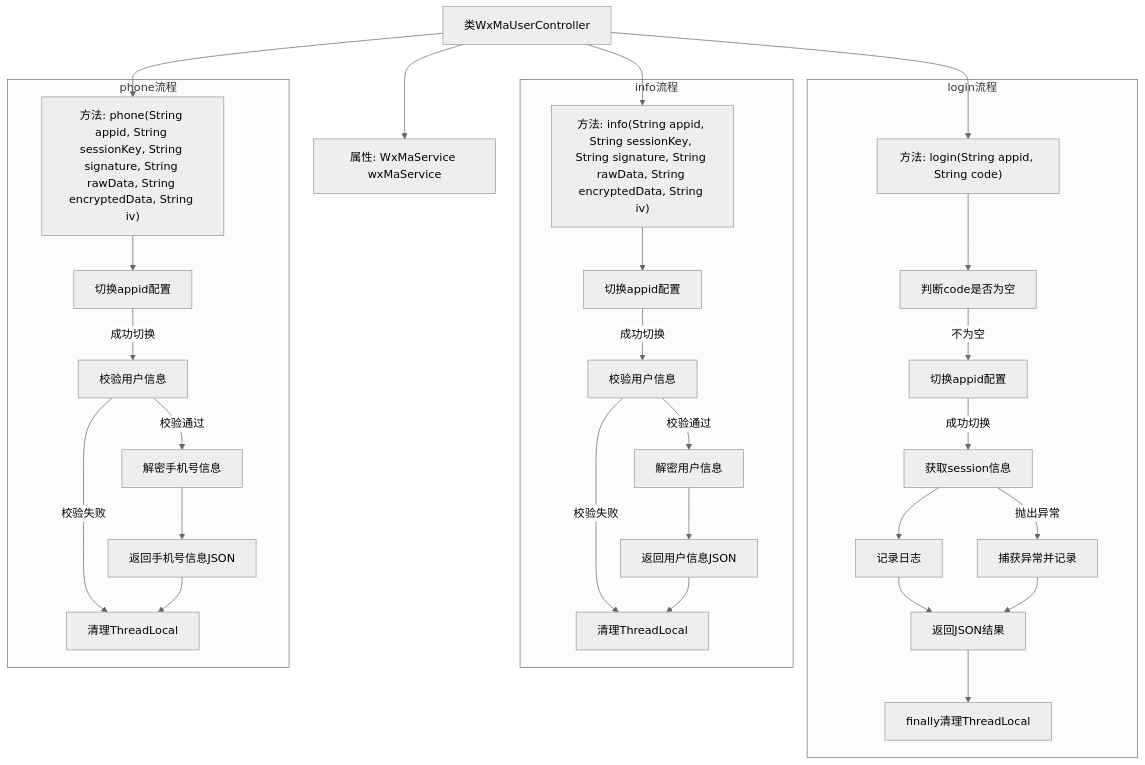
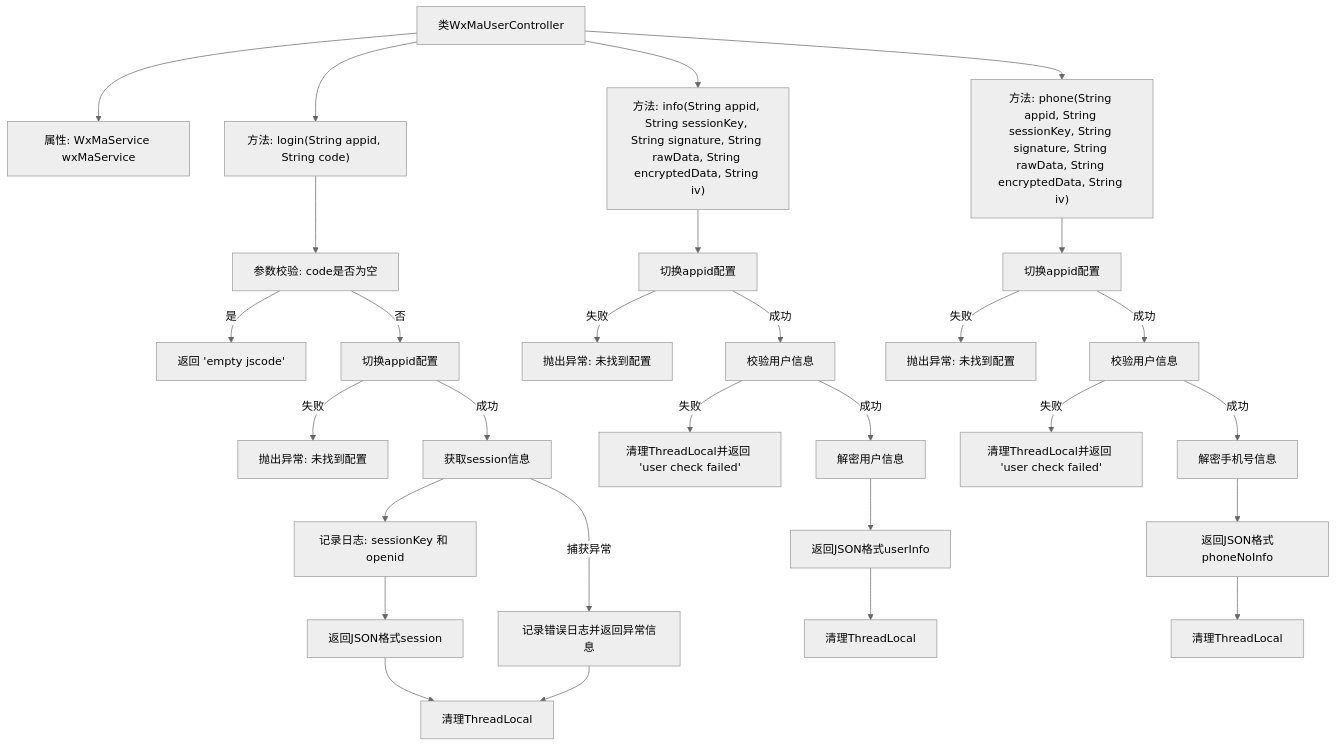
Before and after one commit to v-wjrong/binary_weixin-java-miniapp-demo: the second of 2 diagrams in docs/zh/docs/src/main/java/com/github/binarywang/demo/wx/miniapp/controller/WxMaUserController.md, drawn with Mermaid (neutral theme). The commit also changed other lines of this file and 47 other files, not shown here.

````diff
--- a/docs/zh/docs/src/main/java/com/github/binarywang/demo/wx/miniapp/controller/WxMaUserController.md
+++ b/docs/zh/docs/src/main/java/com/github/binarywang/demo/wx/miniapp/controller/WxMaUserController.md
@@ -98,62 +108,39 @@
 ```mermaid
 graph TD
     A["类WxMaUserController"]
     B["属性: WxMaService wxMaService"]
     C["方法: login(String appid, String code)"]
     D["方法: info(String appid, String sessionKey, String signature, String rawData, String encryptedData, String iv)"]
     E["方法: phone(String appid, String sessionKey, String signature, String rawData, String encryptedData, String iv)"]
 
     A --> B
     A --> C
     A --> D
     A --> E
 
-    subgraph login流程
-        C1["判断code是否为空"]
-        C2["切换appid配置"]
-        C3["获取session信息"]
-        C4["记录日志"]
-        C5["返回JSON结果"]
-        C6["捕获异常并记录"]
-        C7["finally清理ThreadLocal"]
+    C --> C1["参数校验: code是否为空"]
+    C1 --"是"--> C2["返回 'empty jscode'"]
+    C1 --"否"--> C3["切换appid配置"]
+    C3 --"失败"--> C4["抛出异常: 未找到配置"]
+    C3 --"成功"--> C5["获取session信息"]
+    C5 --> C6["记录日志: sessionKey 和 openid"]
+    C6 --> C7["返回JSON格式session"]
+    C5 --捕获异常--> C8["记录错误日志并返回异常信息"]
+    C7 & C8 --> C9["清理ThreadLocal"]
 
-        C --> C1
-        C1 --"不为空"--> C2
-        C2 --"成功切换"--> C3
-        C3 --> C4
-        C4 --> C5
-        C3 --"抛出异常"--> C6
-        C6 --> C5
-        C5 --> C7
-    end
+    D --> D1["切换appid配置"]
+    D1 --"失败"--> D2["抛出异常: 未找到配置"]
+    D1 --"成功"--> D3["校验用户信息"]
+    D3 --"失败"--> D4["清理ThreadLocal并返回 'user check failed'"]
+    D3 --"成功"--> D5["解密用户信息"]
+    D5 --> D6["返回JSON格式userInfo"]
+    D6 --> D7["清理ThreadLocal"]
 
-    subgraph info流程
-        D1["切换appid配置"]
-        D2["校验用户信息"]
-        D3["解密用户信息"]
-        D4["返回用户信息JSON"]
-        D5["清理ThreadLocal"]
-
-        D --> D1
-        D1 --"成功切换"--> D2
-        D2 --"校验失败"--> D5
-        D2 --"校验通过"--> D3
-        D3 --> D4
-        D4 --> D5
-    end
-
-    subgraph phone流程
-        E1["切换appid配置"]
-        E2["校验用户信息"]
-        E3["解密手机号信息"]
-        E4["返回手机号信息JSON"]
-        E5["清理ThreadLocal"]
-
-        E --> E1
-        E1 --"成功切换"--> E2
-        E2 --"校验失败"--> E5
-        E2 --"校验通过"--> E3
-        E3 --> E4
-        E4 --> E5
-    end
+    E --> E1["切换appid配置"]
+    E1 --"失败"--> E2["抛出异常: 未找到配置"]
+    E1 --"成功"--> E3["校验用户信息"]
+    E3 --"失败"--> E4["清理ThreadLocal并返回 'user check failed'"]
+    E3 --"成功"--> E5["解密手机号信息"]
+    E5 --> E6["返回JSON格式phoneNoInfo"]
+    E6 --> E7["清理ThreadLocal"]
 ```
````
